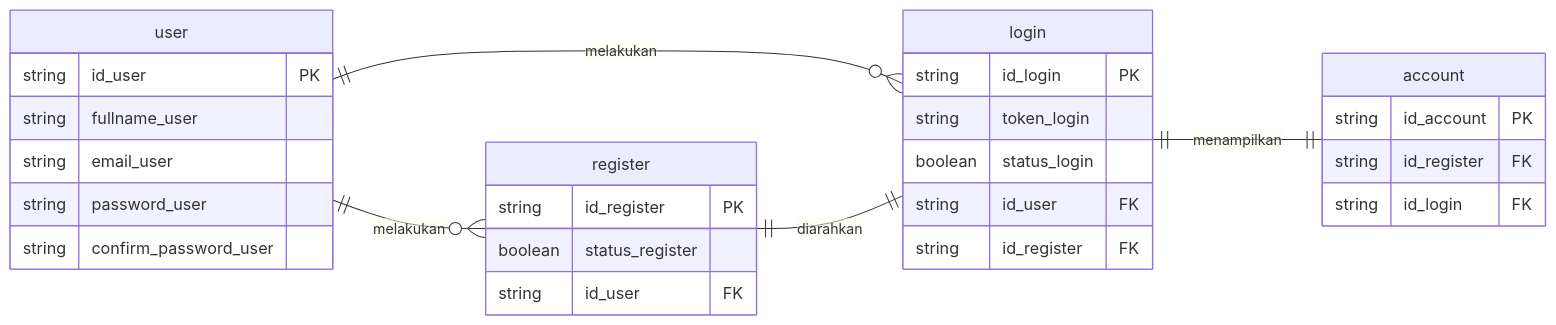
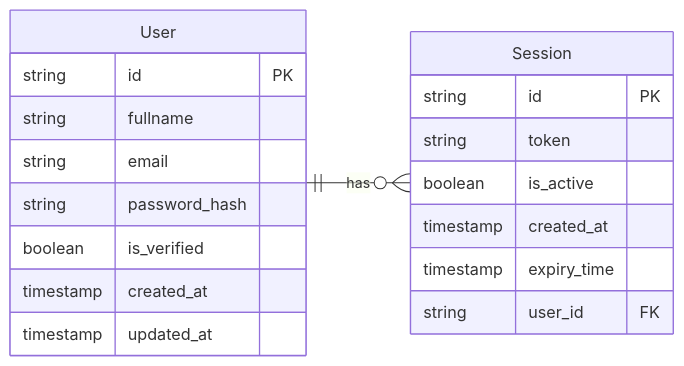
Before and after one commit to VsalCode/fgo24-db-auth-flow: the diagram in README.md, drawn with Mermaid. The commit also changed other lines of this file and 1 other file, not shown here.

````diff
--- a/README.md
+++ b/README.md
@@ -3,33 +3,22 @@
 ```mermaid
-  erDiagram
+erDiagram
   direction LR
-  user ||--o{ login: "melakukan"
-  user ||--o{ register: "melakukan"
-  user {
-    string id_user PK
-    string fullname_user
-    string email_user
-    string password_user
-    string confirm_password_user
+  User ||--o{ Session : "has"
+  User {
+    string id PK
+    string fullname
+    string email
+    string password_hash
+    boolean is_verified
+    timestamp created_at
+    timestamp updated_at
   }
-  login {
-    string id_login PK
-    string token_login
-    boolean status_login
-    string id_user FK
-    string id_register FK
+  Session {
+    string id PK
+    string token
+    boolean is_active
+    timestamp created_at
+    timestamp expiry_time
+    string user_id FK
   }
-  register ||--|| login : "diarahkan"
-  register {
-    string id_register PK
-    boolean status_register
-    string id_user FK
-  }
-  login ||--|| account : menampilkan
-  account {
-    string id_account PK
-    string id_register FK
-    string id_login FK
-  }
-
 ```
````
